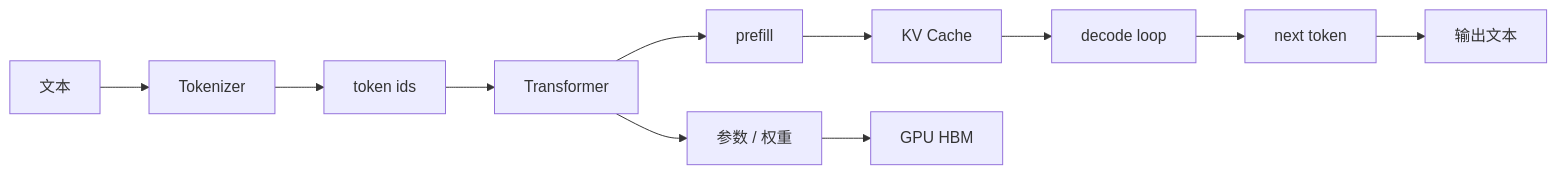
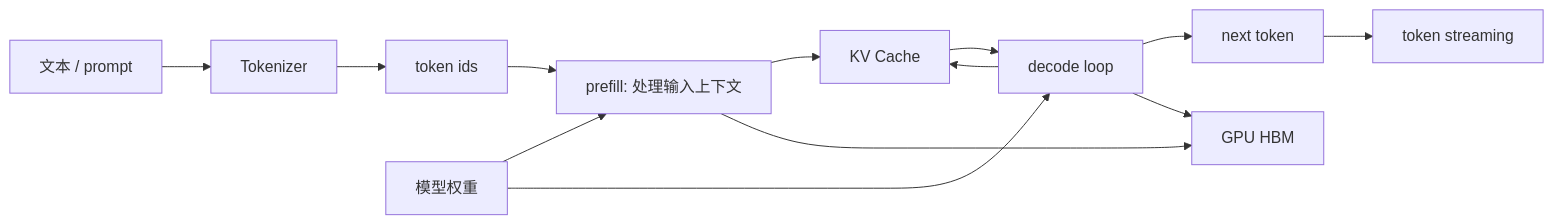
Before and after one commit to ikingye/ai-factory-engineering: the diagram in docs/part-03-models/chapter-09-llm-basics.md, drawn with Mermaid. The commit also changed other lines of this file and 5 other files, not shown here.

````diff
--- a/docs/part-03-models/chapter-09-llm-basics.md
+++ b/docs/part-03-models/chapter-09-llm-basics.md
@@ -23,12 +43,15 @@
 ```mermaid
 flowchart LR
-  Text["文本"] --> Tok["Tokenizer"] --> IDs["token ids"]
-  IDs --> Model["Transformer"]
-  Model --> Prefill["prefill"]
+  Text["文本 / prompt"] --> Tok["Tokenizer"]
+  Tok --> IDs["token ids"]
+  IDs --> Prefill["prefill: 处理输入上下文"]
   Prefill --> KV["KV Cache"]
   KV --> Decode["decode loop"]
   Decode --> Next["next token"]
-  Next --> TextOut["输出文本"]
-  Model --> Params["参数 / 权重"]
-  Params --> HBM["GPU HBM"]
+  Next --> Stream["token streaming"]
+  Decode --> KV
+  Weights["模型权重"] --> Prefill
+  Weights --> Decode
+  Prefill --> HBM["GPU HBM"]
+  Decode --> HBM
 ```
````
